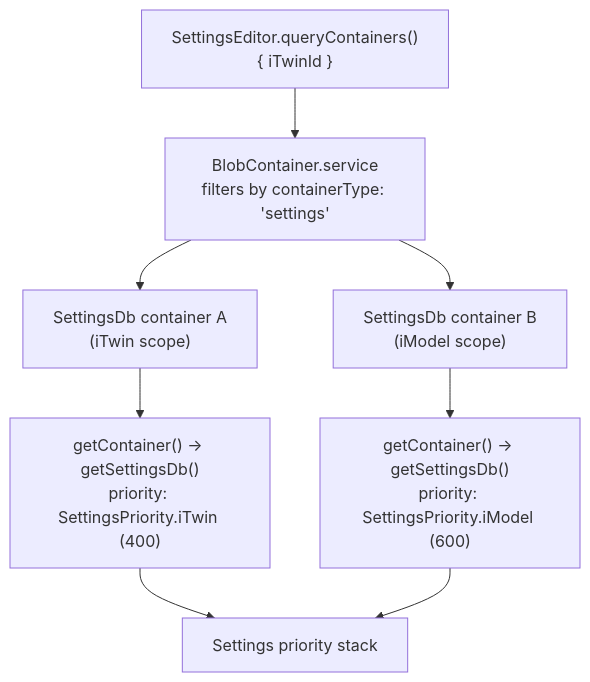
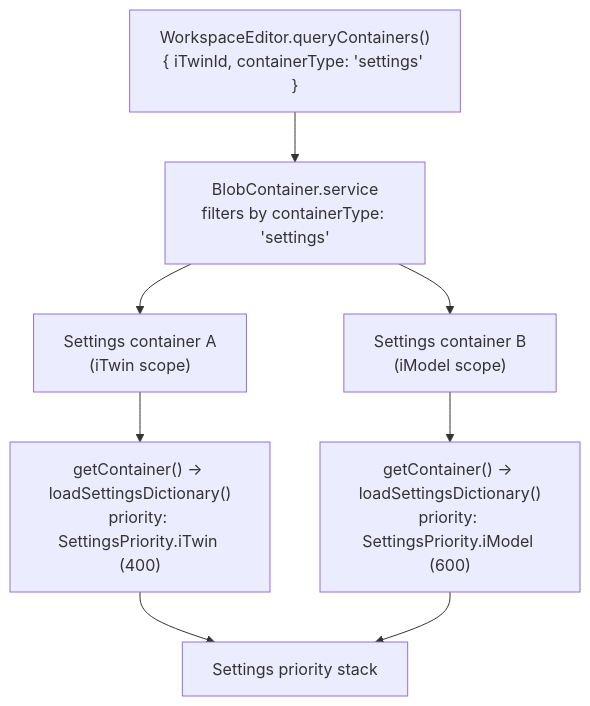
One commit to iTwin/itwinjs-core changed the fourth of 4 diagrams in docs/learning/backend/WorkspacesAndSettings.md. Above: the diagram before and after it, drawn with Mermaid. The commit also changed other lines of this file and 3 other files, not shown here.

First line of the commit message:
Replace SettingsDb with 'settings container' across learning docs

````diff
--- a/docs/learning/backend/WorkspacesAndSettings.md
+++ b/docs/learning/backend/WorkspacesAndSettings.md
@@ -128,15 +130,15 @@
 ```mermaid
 graph TD
-    Q["SettingsEditor.queryContainers()<br/>{ iTwinId }"]
+    Q["WorkspaceEditor.queryContainers()<br/>{ iTwinId, containerType: 'settings' }"]
 
     Q --> Filter["BlobContainer.service<br/>filters by containerType: 'settings'"]
 
-    Filter --> C1["SettingsDb container A<br/>(iTwin scope)"]
-    Filter --> C2["SettingsDb container B<br/>(iModel scope)"]
+    Filter --> C1["Settings container A<br/>(iTwin scope)"]
+    Filter --> C2["Settings container B<br/>(iModel scope)"]
 
-    C1 --> L1["getContainer() → getSettingsDb()<br/>priority: SettingsPriority.iTwin (400)"]
-    C2 --> L2["getContainer() → getSettingsDb()<br/>priority: SettingsPriority.iModel (600)"]
+    C1 --> L1["getContainer() → loadSettingsDictionary()<br/>priority: SettingsPriority.iTwin (400)"]
+    C2 --> L2["getContainer() → loadSettingsDictionary()<br/>priority: SettingsPriority.iModel (600)"]
 
     L1 --> Stack["Settings priority stack"]
     L2 --> Stack
 ```
````
